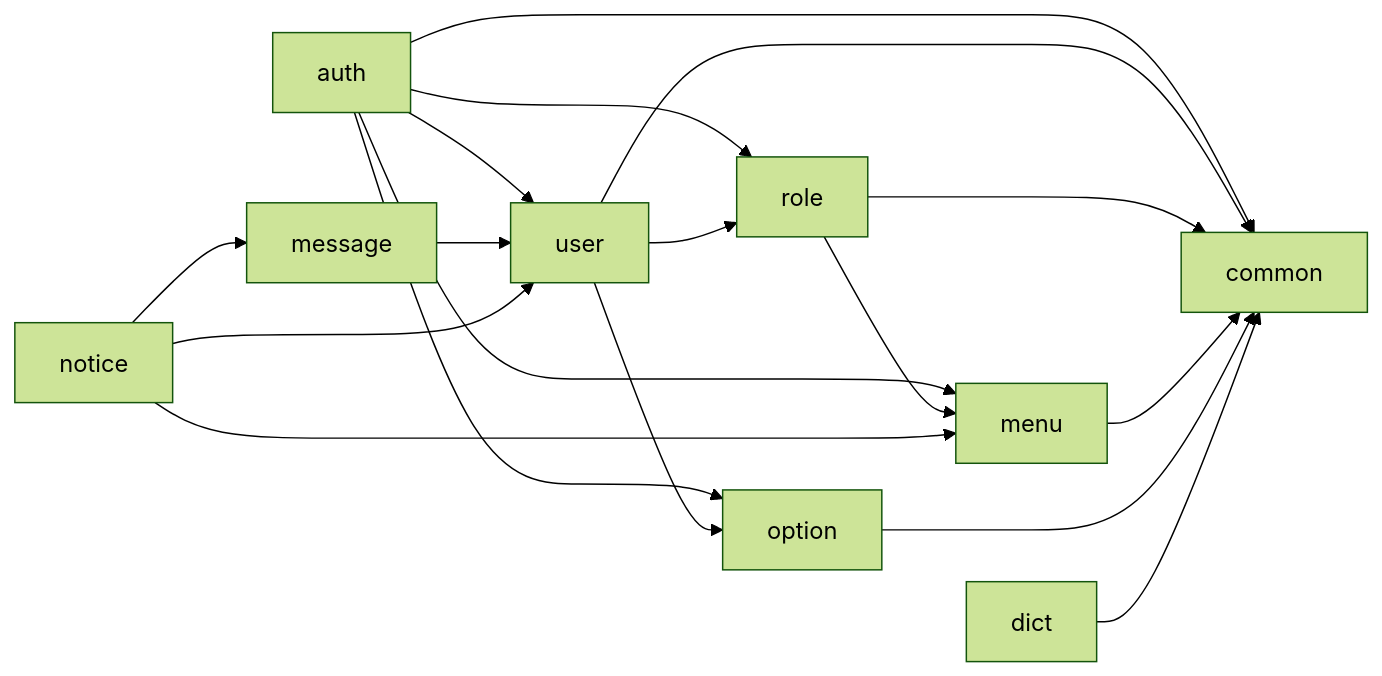
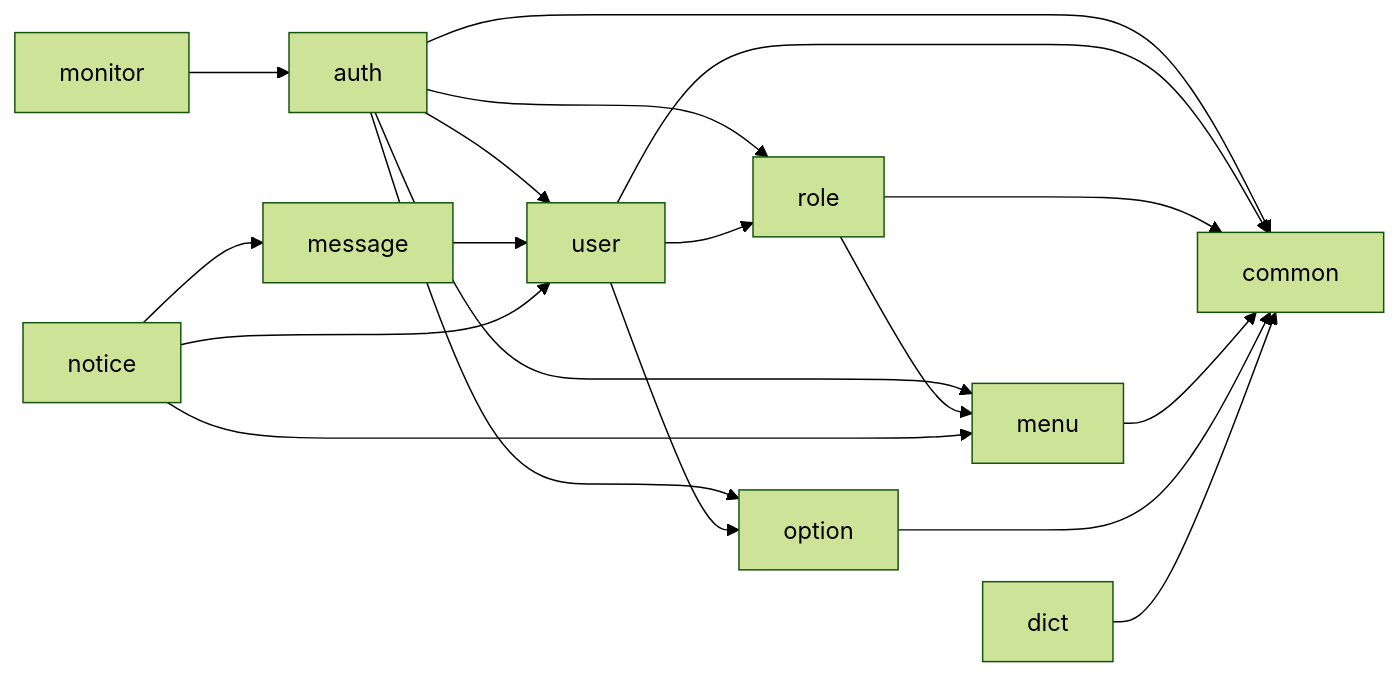
One commit to LLP2333/IDP changed the diagram in backend/readme.md. Above: the diagram before and after it, drawn with Mermaid (forest theme). The commit also changed other lines of this file and 48 other files, not shown here.

````diff
--- a/backend/readme.md
+++ b/backend/readme.md
@@ -67,20 +72,21 @@
 ```mermaid
 flowchart LR
   auth --> user
   auth --> role
   auth --> option
   auth --> menu
   auth --> common
   user --> role
   user --> option
   user --> common
   role --> menu
   role --> common
   menu --> common
   option --> common
   message --> user
   notice --> user
   notice --> message
   notice --> menu
+  monitor --> auth
   dict --> common
 ```
````
